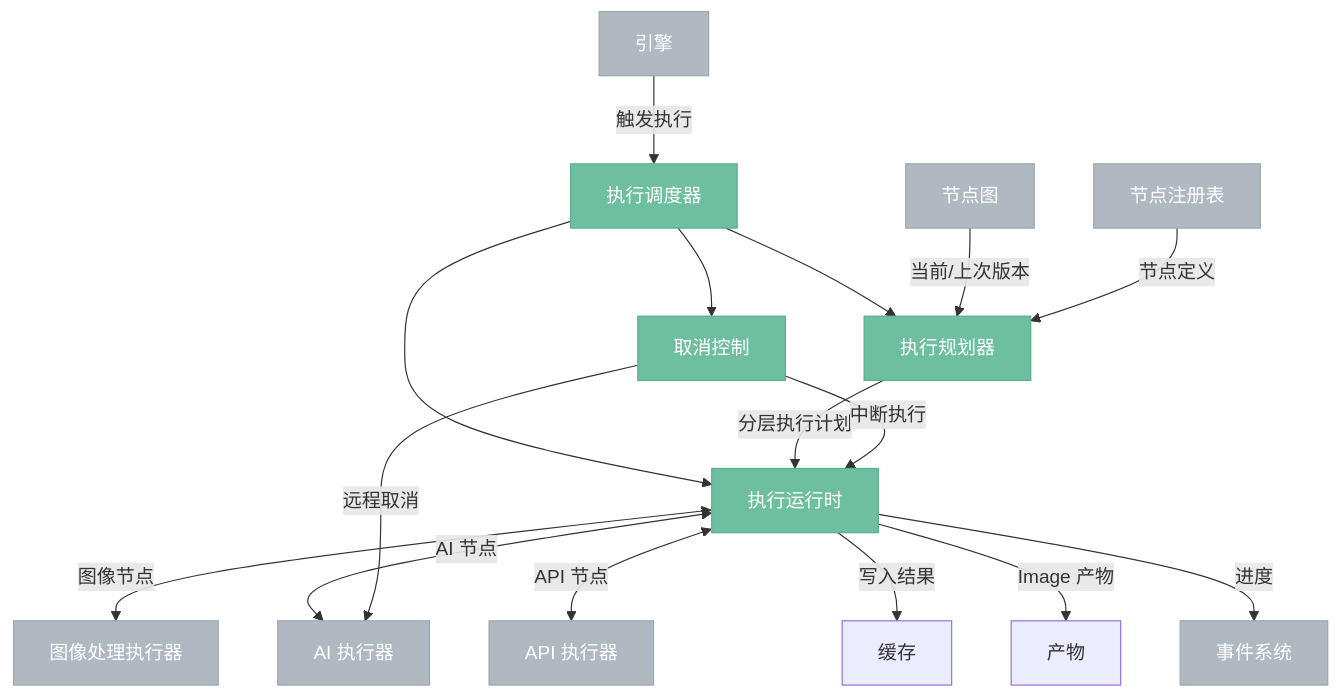
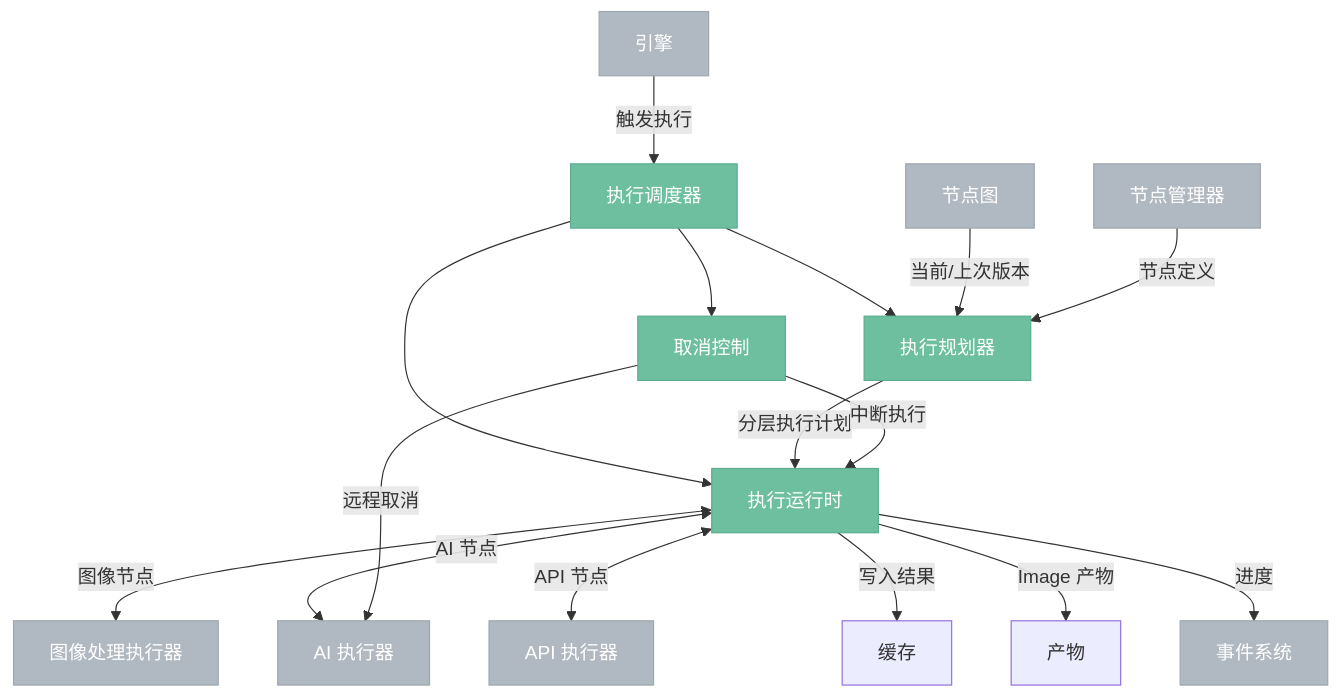
One commit to aporicho/nodeimg changed the first of 5 diagrams in docs/targetv3/401-scheduler.md. Above: the diagram before and after it, drawn with Mermaid. The commit also changed 12 other files, not shown here.

First line of the commit message:
docs(targetv3): 节点图数据模型合入控制器 + 一致性修复 + 序号调整

````diff
--- a/docs/targetv3/401-scheduler.md
+++ b/docs/targetv3/401-scheduler.md
@@ -7,28 +7,28 @@
 ```mermaid
 %%{ init: { 'flowchart': { 'curve': 'basis' } } }%%
 flowchart TB
     classDef internal fill:#6DBFA0,stroke:#5BAD8E,color:#fff
     classDef external fill:#B0B8C1,stroke:#9EA6AF,color:#fff
 
     引擎["引擎"]:::external -->|"触发执行"| 调度器["执行调度器"]:::internal
 
     调度器 --> 规划器["执行规划器"]:::internal
     调度器 --> 运行时["执行运行时"]:::internal
     调度器 --> 取消["取消控制"]:::internal
 
     节点图["节点图"]:::external -->|"当前/上次版本"| 规划器
-    注册表["节点注册表"]:::external -->|"节点定义"| 规划器
+    节点管理器["节点管理器"]:::external -->|"节点定义"| 规划器
 
     规划器 -->|"分层执行计划"| 运行时
 
     运行时 <-->|"图像节点"| 图像执行器["图像处理执行器"]:::external
     运行时 <-->|"AI 节点"| AI执行器["AI 执行器"]:::external
     运行时 <-->|"API 节点"| API执行器["API 执行器"]:::external
 
     运行时 -->|"写入结果"| 缓存
     运行时 -->|"Image 产物"| 产物
     运行时 -->|"进度"| 事件系统["事件系统"]:::external
 
     取消 -->|"中断执行"| 运行时
     取消 -->|"远程取消"| AI执行器
 ```
````
